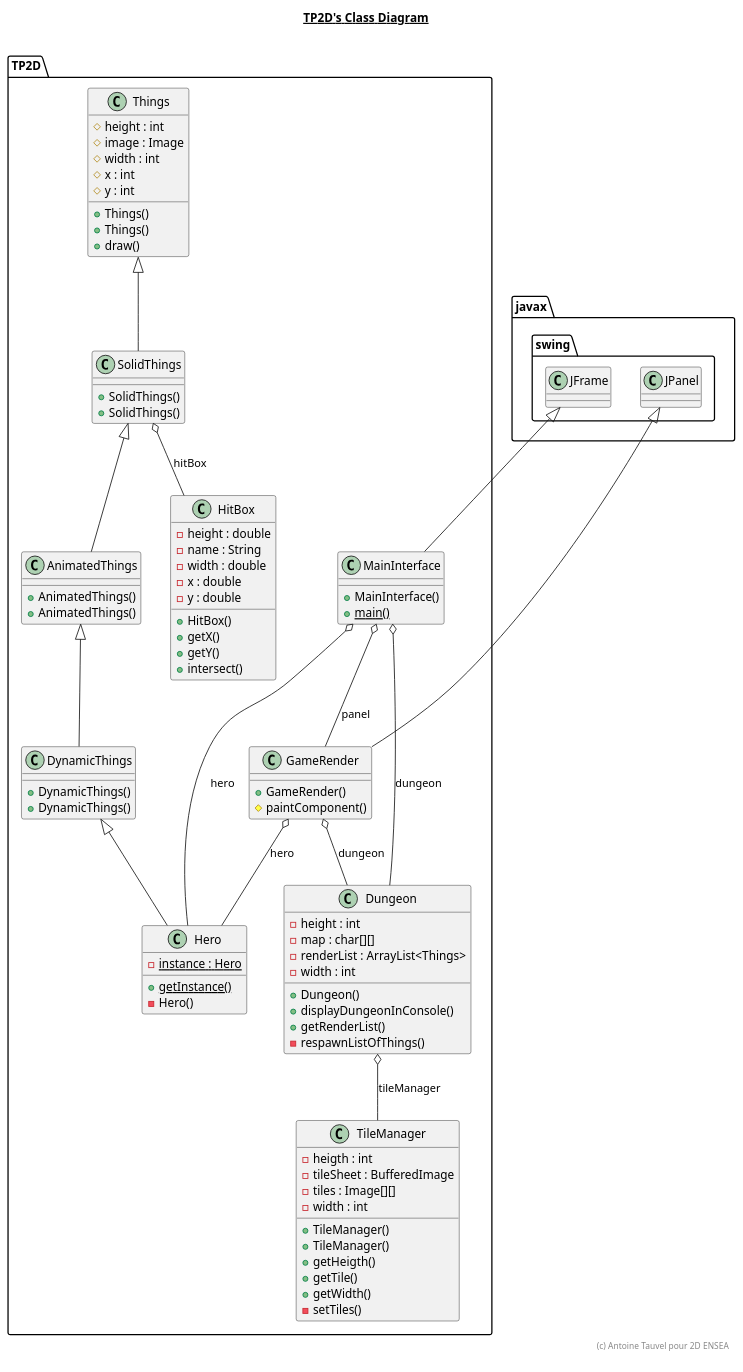
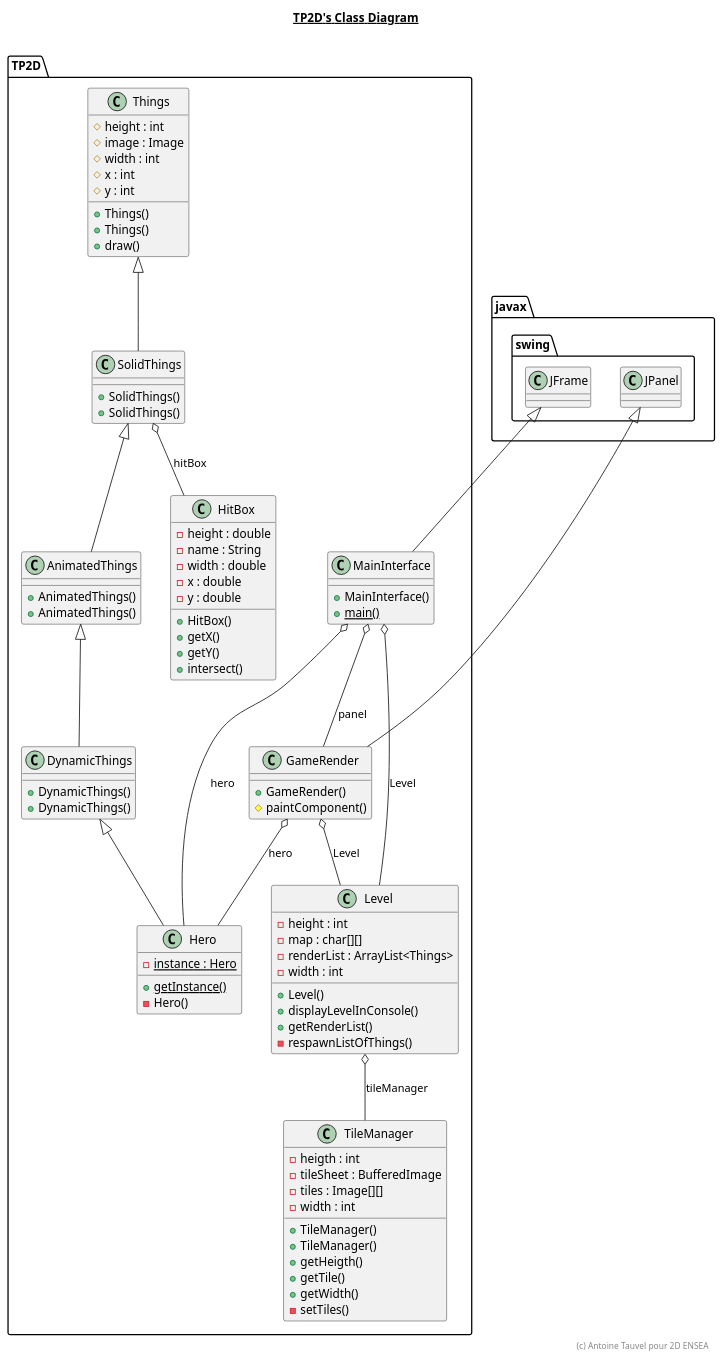
One commit to TheKnightWhoSaysNi/TPJavantoine changed the diagram in bin/TP2D/TP2D.plantuml. Above: the diagram before and after it, drawn with PlantUML. The commit also changed 28 other files, not shown here.

```diff
--- a/bin/TP2D/TP2D.plantuml
+++ b/bin/TP2D/TP2D.plantuml
@@ -1,152 +1,152 @@
 @startuml
 
 title __TP2D's Class Diagram__\n
 
 
     namespace TP2D {
       class TP2D.AnimatedThings {
           + AnimatedThings()
           + AnimatedThings()
       }
     }
 
   
 
 
     namespace TP2D {
-      class TP2D.Dungeon {
+      class TP2D.Level {
           - height : int
           - map : char[][]
           - renderList : ArrayList<Things>
           - width : int
-          + Dungeon()
-          + displayDungeonInConsole()
+          + Level()
+          + displayLevelInConsole()
           + getRenderList()
           - respawnListOfThings()
       }
     }
 
   
 
 
     namespace TP2D {
       class TP2D.DynamicThings {
           + DynamicThings()
           + DynamicThings()
       }
     }
 
   
 
 
     namespace TP2D {
       class TP2D.GameRender {
           + GameRender()
           # paintComponent()
       }
     }
 
   
 
 
     namespace TP2D {
       class TP2D.Hero {
           {static} - instance : Hero
           {static} + getInstance()
           - Hero()
       }
     }
 
   
 
     namespace TP2D {
       class TP2D.HitBox {
           - height : double
           - name : String
           - width : double
           - x : double
           - y : double
           + HitBox()
           + getX()
           + getY()
           + intersect()
       }
     }
 
   
 
 
     namespace TP2D {
       class TP2D.MainInterface {
           + MainInterface()
           {static} + main()
       }
     }
 
   
 
 
     namespace TP2D {
       class TP2D.SolidThings {
           + SolidThings()
           + SolidThings()
       }
     }
 
   
 
 
     namespace TP2D {
       class TP2D.Things {
           # height : int
           # image : Image
           # width : int
           # x : int
           # y : int
           + Things()
           + Things()
           + draw()
       }
     }
 
   
 
 
     namespace TP2D {
       class TP2D.TileManager {
           - heigth : int
           - tileSheet : BufferedImage
           - tiles : Image[][]
           - width : int
           + TileManager()
           + TileManager()
           + getHeigth()
           + getTile()
           + getWidth()
           - setTiles()
       }
     }
 
   
 
   TP2D.AnimatedThings -up-|> TP2D.SolidThings
-  TP2D.Dungeon o-- TP2D.TileManager : tileManager
+  TP2D.Level o-- TP2D.TileManager : tileManager
   TP2D.DynamicThings -up-|> TP2D.AnimatedThings
   TP2D.GameRender -up-|> javax.swing.JPanel
-  TP2D.GameRender o-- TP2D.Dungeon : dungeon
+  TP2D.GameRender o-- TP2D.Level : Level
   TP2D.GameRender o-- TP2D.Hero : hero
   TP2D.Hero -up-|> TP2D.DynamicThings
   TP2D.MainInterface -up-|> javax.swing.JFrame
-  TP2D.MainInterface o-- TP2D.Dungeon : dungeon
+  TP2D.MainInterface o-- TP2D.Level : Level
   TP2D.MainInterface o-- TP2D.Hero : hero
   TP2D.MainInterface o-- TP2D.GameRender : panel
   TP2D.SolidThings -up-|> TP2D.Things
   TP2D.SolidThings o-- TP2D.HitBox : hitBox
 
 
 right footer
 (c) Antoine Tauvel pour 2D ENSEA
 
 endfooter
 
 @enduml
```
